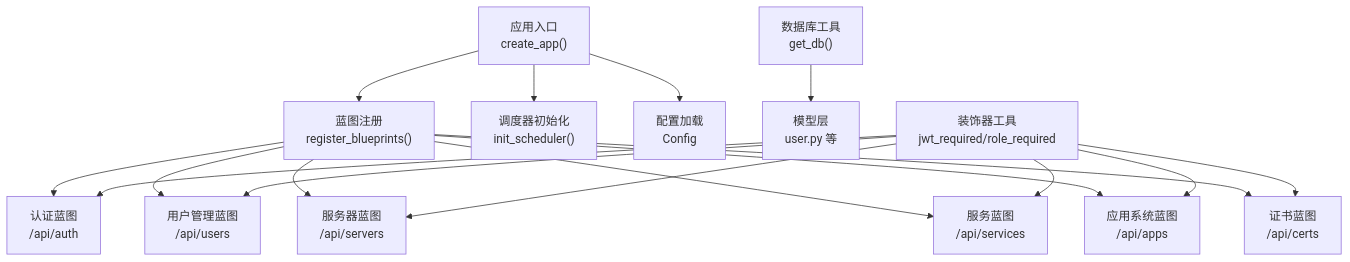
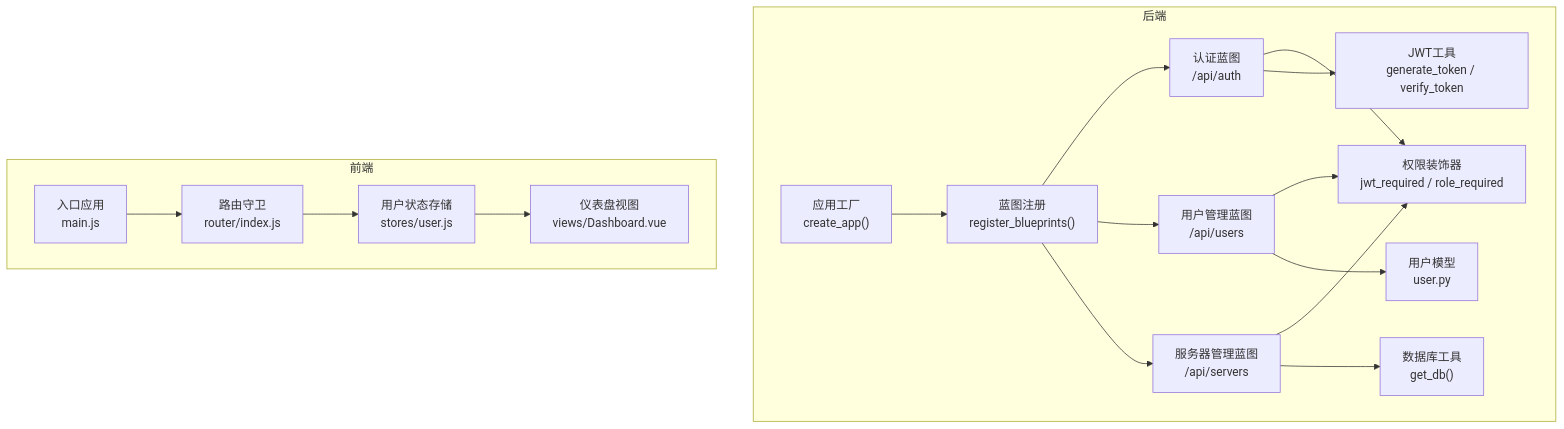
The first of 3 diagrams in .qoder/repowiki/zh/content/开发指南/扩展开发.md (ismine3/OPS), drawn with Mermaid before and after one commit. The commit also changed other lines of this file and 109 other files, not shown here.

````diff
--- a/.qoder/repowiki/zh/content/开发指南/扩展开发.md
+++ b/.qoder/repowiki/zh/content/开发指南/扩展开发.md
@@ -46,19 +42,33 @@
 ```mermaid
 graph TB
-A["应用入口<br/>create_app()"] --> B["蓝图注册<br/>register_blueprints()"]
-B --> C["认证蓝图<br/>/api/auth"]
-B --> D["用户管理蓝图<br/>/api/users"]
-B --> E["服务器蓝图<br/>/api/servers"]
-B --> F["服务蓝图<br/>/api/services"]
-B --> G["应用系统蓝图<br/>/api/apps"]
-B --> H["证书蓝图<br/>/api/certs"]
-A --> I["调度器初始化<br/>init_scheduler()"]
-A --> J["配置加载<br/>Config"]
-K["数据库工具<br/>get_db()"] --> L["模型层<br/>user.py 等"]
-M["装饰器工具<br/>jwt_required/role_required"] --> C
-M --> D
-M --> E
-M --> F
-M --> G
-M --> H
+subgraph "后端"
+A["应用工厂<br/>create_app()"]
+B["蓝图注册<br/>register_blueprints()"]
+C["认证蓝图<br/>/api/auth"]
+D["用户管理蓝图<br/>/api/users"]
+E["服务器管理蓝图<br/>/api/servers"]
+F["权限装饰器<br/>jwt_required / role_required"]
+G["JWT工具<br/>generate_token / verify_token"]
+H["数据库工具<br/>get_db()"]
+I["用户模型<br/>user.py"]
+end
+subgraph "前端"
+J["入口应用<br/>main.js"]
+K["路由守卫<br/>router/index.js"]
+L["用户状态存储<br/>stores/user.js"]
+M["仪表盘视图<br/>views/Dashboard.vue"]
+end
+A --> B
+B --> C
+B --> D
+B --> E
+C --> F
+D --> F
+E --> F
+C --> G
+D --> I
+E --> H
+J --> K
+K --> L
+L --> M
 ```
````
